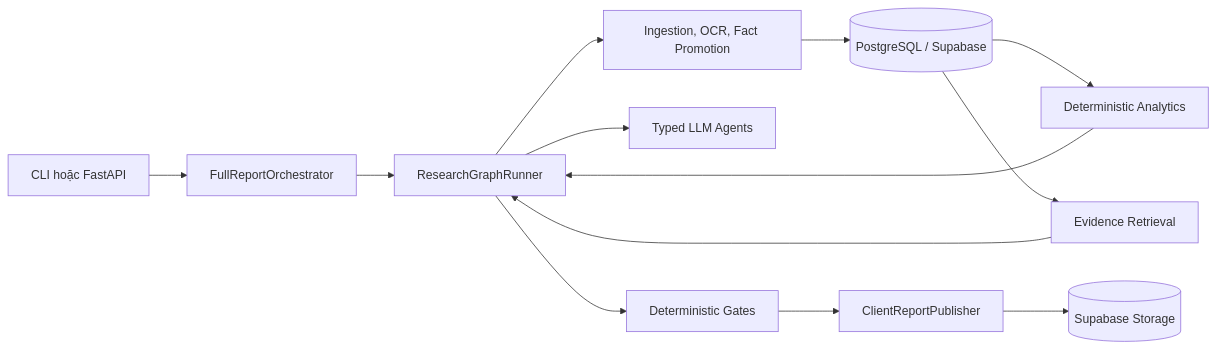
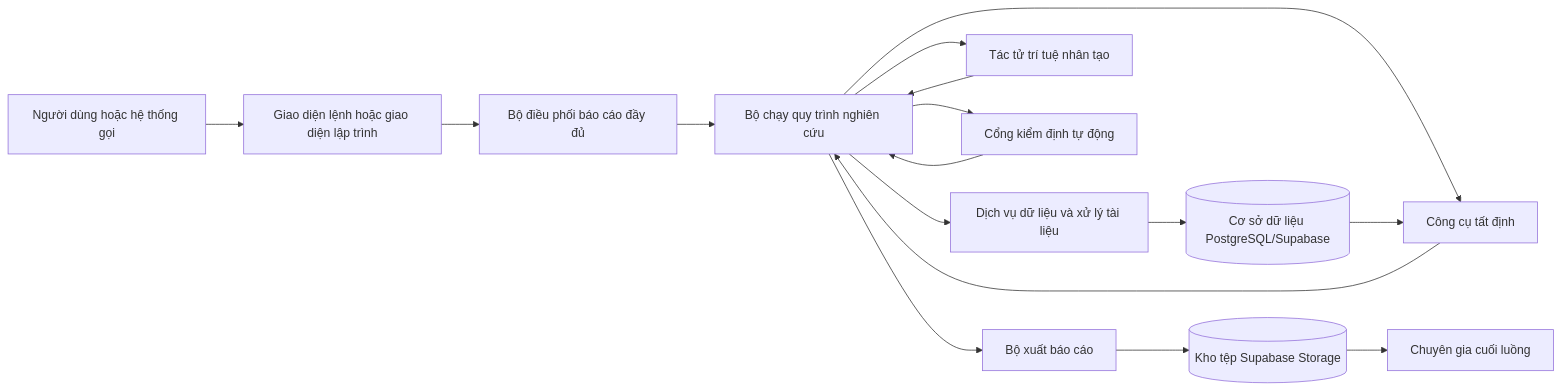
The first of 6 diagrams in docs/ARCHITECTURE.md (haubelerche/equity-research-system), drawn with Mermaid before and after one commit. The commit also changed other lines of this file and 29 other files, not shown here.

````diff
--- a/docs/ARCHITECTURE.md
+++ b/docs/ARCHITECTURE.md
@@ -22,15 +68,21 @@
 ```mermaid
 flowchart LR
-    U[CLI hoặc FastAPI] --> O[FullReportOrchestrator]
-    O --> R[ResearchGraphRunner]
-    R --> I[Ingestion, OCR, Fact Promotion]
-    I --> DB[(PostgreSQL / Supabase)]
-    DB --> A[Deterministic Analytics]
-    DB --> E[Evidence Retrieval]
+    U[Người dùng hoặc hệ thống gọi] --> I[Giao diện lệnh hoặc giao diện lập trình]
+    I --> O[Bộ điều phối báo cáo đầy đủ]
+    O --> R[Bộ chạy quy trình nghiên cứu]
+
+    R --> D[Dịch vụ dữ liệu và xử lý tài liệu]
+    R --> C[Công cụ tất định]
+    R --> A[Tác tử trí tuệ nhân tạo]
+    R --> G[Cổng kiểm định tự động]
+
+    D --> DB[(Cơ sở dữ liệu PostgreSQL/Supabase)]
+    DB --> C
+    C --> R
     A --> R
-    E --> R
-    R --> L[Typed LLM Agents]
-    R --> G[Deterministic Gates]
-    G --> P[ClientReportPublisher]
-    P --> S[(Supabase Storage)]
+    G --> R
+
+    R --> P[Bộ xuất báo cáo]
+    P --> S[(Kho tệp Supabase Storage)]
+    S --> H[Chuyên gia cuối luồng]
 ```
````
